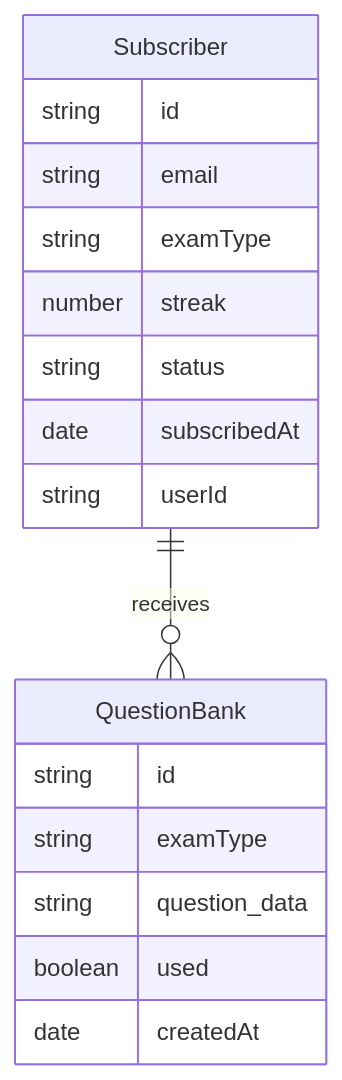
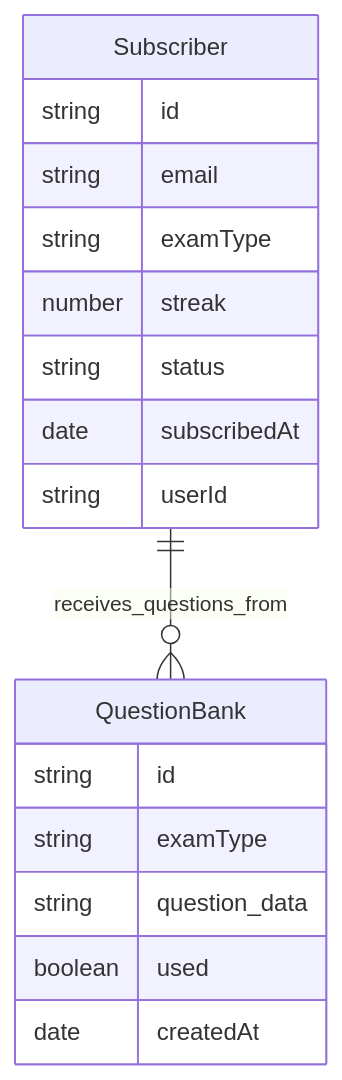
One commit to avirajsalunkhe/cloud-mastery-bot changed the sixth of 6 diagrams in README.md. Above: the diagram before and after it, drawn with Mermaid. The commit also changed other lines of this file, not shown here.

````diff
--- a/README.md
+++ b/README.md
@@ -111,20 +172,21 @@
 ```mermaid
 erDiagram
     Subscriber {
       string id
       string email
       string examType
       number streak
       string status
       date subscribedAt
       string userId
     }
     QuestionBank {
       string id
       string examType
       string question_data
       boolean used
       date createdAt
     }
-    Subscriber ||--o{ QuestionBank : receives
+
+    Subscriber ||--o{ QuestionBank : receives_questions_from
 ```
````
